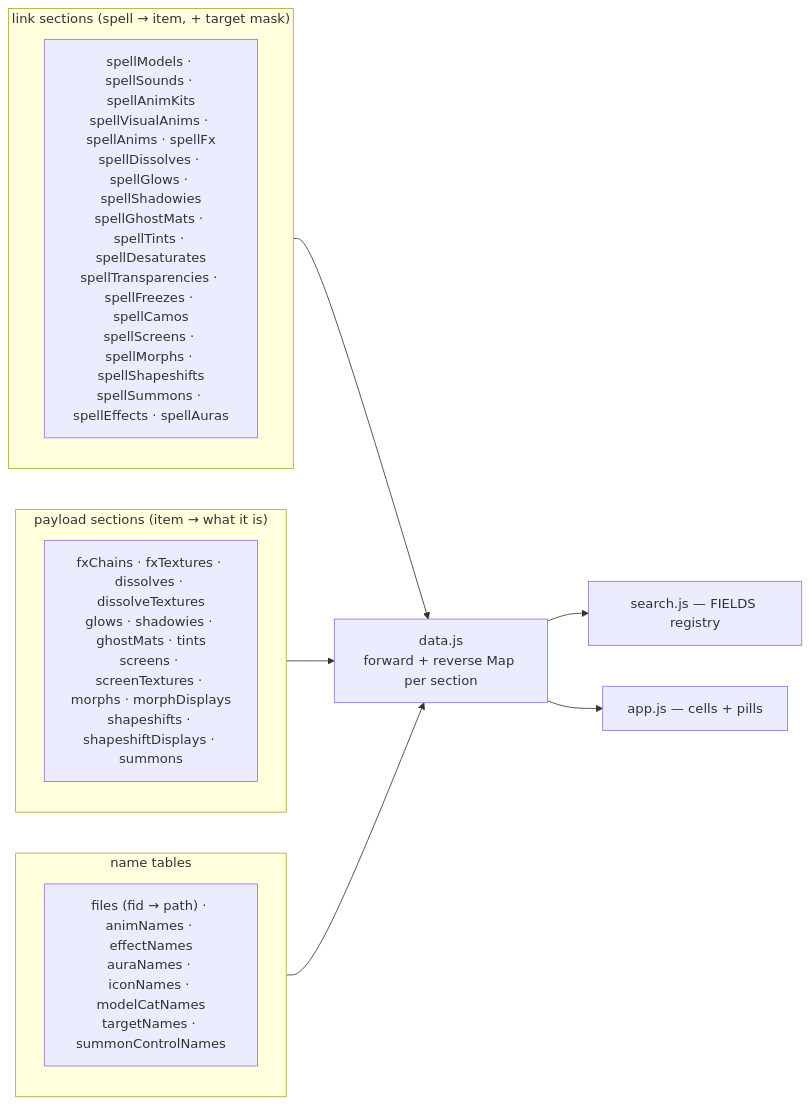
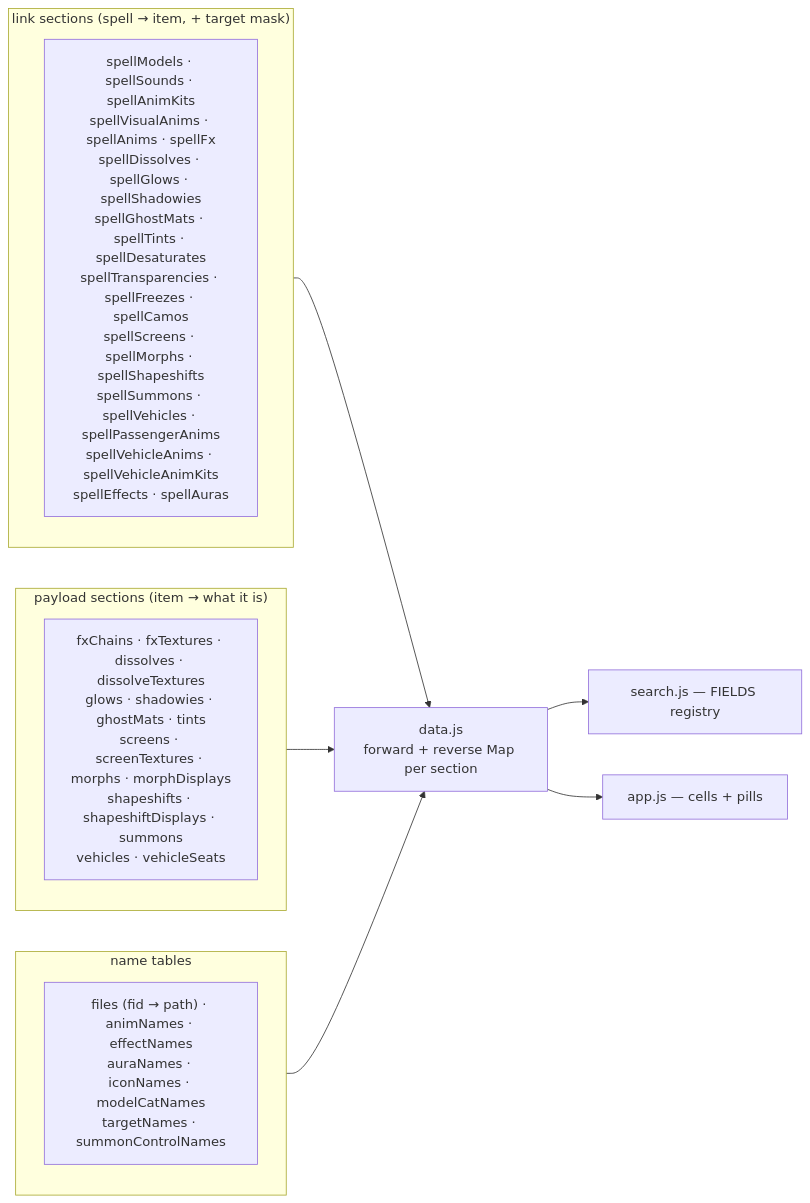
Diagram 12 of 13 in DATA_ROUTES.md (Natans8/Epsilook), drawn with Mermaid before and after one commit. The commit also changed other lines of this file and 6 other files, not shown here.

First line of the commit message:
Vehicles: seat attachment points and passenger animations (pack format 23)

````diff
--- a/DATA_ROUTES.md
+++ b/DATA_ROUTES.md
@@ -324,17 +384,17 @@
 ```mermaid
 flowchart LR
   subgraph LINK["link sections (spell → item, + target mask)"]
-    L1["spellModels · spellSounds · spellAnimKits<br/>spellVisualAnims · spellAnims · spellFx<br/>spellDissolves · spellGlows · spellShadowies<br/>spellGhostMats · spellTints · spellDesaturates<br/>spellTransparencies · spellFreezes · spellCamos<br/>spellScreens · spellMorphs · spellShapeshifts<br/>spellSummons · spellEffects · spellAuras"]
+    L1["spellModels · spellSounds · spellAnimKits<br/>spellVisualAnims · spellAnims · spellFx<br/>spellDissolves · spellGlows · spellShadowies<br/>spellGhostMats · spellTints · spellDesaturates<br/>spellTransparencies · spellFreezes · spellCamos<br/>spellScreens · spellMorphs · spellShapeshifts<br/>spellSummons · spellVehicles · spellPassengerAnims<br/>spellVehicleAnims · spellVehicleAnimKits<br/>spellEffects · spellAuras"]
   end
   subgraph PAY["payload sections (item → what it is)"]
-    P1["fxChains · fxTextures · dissolves · dissolveTextures<br/>glows · shadowies · ghostMats · tints<br/>screens · screenTextures · morphs · morphDisplays<br/>shapeshifts · shapeshiftDisplays · summons"]
+    P1["fxChains · fxTextures · dissolves · dissolveTextures<br/>glows · shadowies · ghostMats · tints<br/>screens · screenTextures · morphs · morphDisplays<br/>shapeshifts · shapeshiftDisplays · summons<br/>vehicles · vehicleSeats"]
   end
   subgraph NAME["name tables"]
     N1["files (fid → path) · animNames · effectNames<br/>auraNames · iconNames · modelCatNames<br/>targetNames · summonControlNames"]
   end
   LINK --> IDX["data.js<br/>forward + reverse Map per section"]
   PAY --> IDX
   NAME --> IDX
   IDX --> Q["search.js — FIELDS registry"]
   IDX --> R["app.js — cells + pills"]
 ```
````
